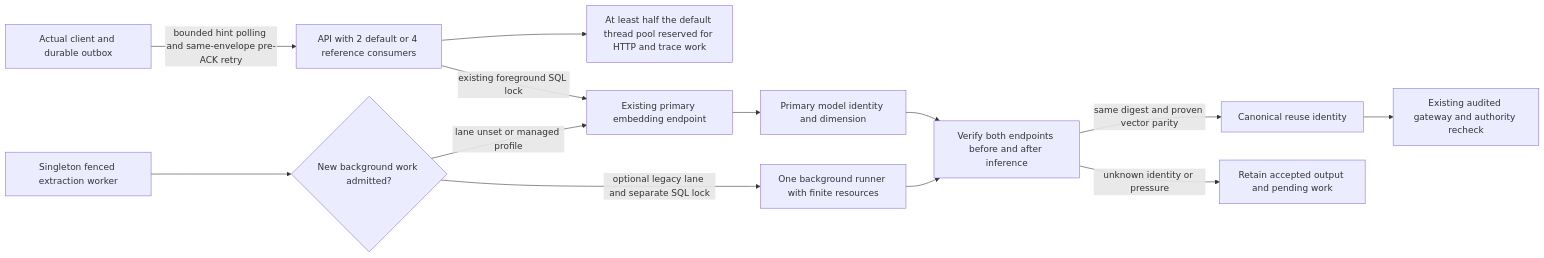
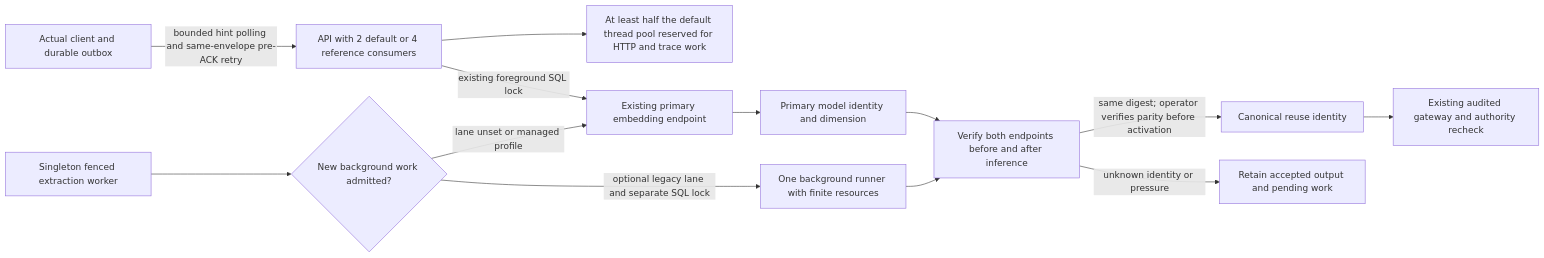
The diagram in docs/uml/model-admission-92-a2.md (phense/agentic-rag), drawn with Mermaid before and after one commit. The commit also changed 6 other files, not shown here.

````diff
--- a/docs/uml/model-admission-92-a2.md
+++ b/docs/uml/model-admission-92-a2.md
@@ -10,15 +10,15 @@
 ```mermaid
 flowchart LR
     Client[Actual client and durable outbox] -->|bounded hint polling and same-envelope pre-ACK retry| API[API with 2 default or 4 reference consumers]
     API --> Reserve[At least half the default thread pool reserved for HTTP and trace work]
     API -->|existing foreground SQL lock| Primary[Existing primary embedding endpoint]
     Worker[Singleton fenced extraction worker] --> Gate{New background work admitted?}
     Gate -->|lane unset or managed profile| Primary
     Gate -->|optional legacy lane and separate SQL lock| Background[One background runner with finite resources]
     Primary --> Identity[Primary model identity and dimension]
     Background --> Verify[Verify both endpoints before and after inference]
     Identity --> Verify
-    Verify -->|same digest and proven vector parity| Cache[Canonical reuse identity]
+    Verify -->|same digest; operator verifies parity before activation| Cache[Canonical reuse identity]
     Verify -->|unknown identity or pressure| Pending[Retain accepted output and pending work]
     Cache --> Gateway[Existing audited gateway and authority recheck]
 ```
````
